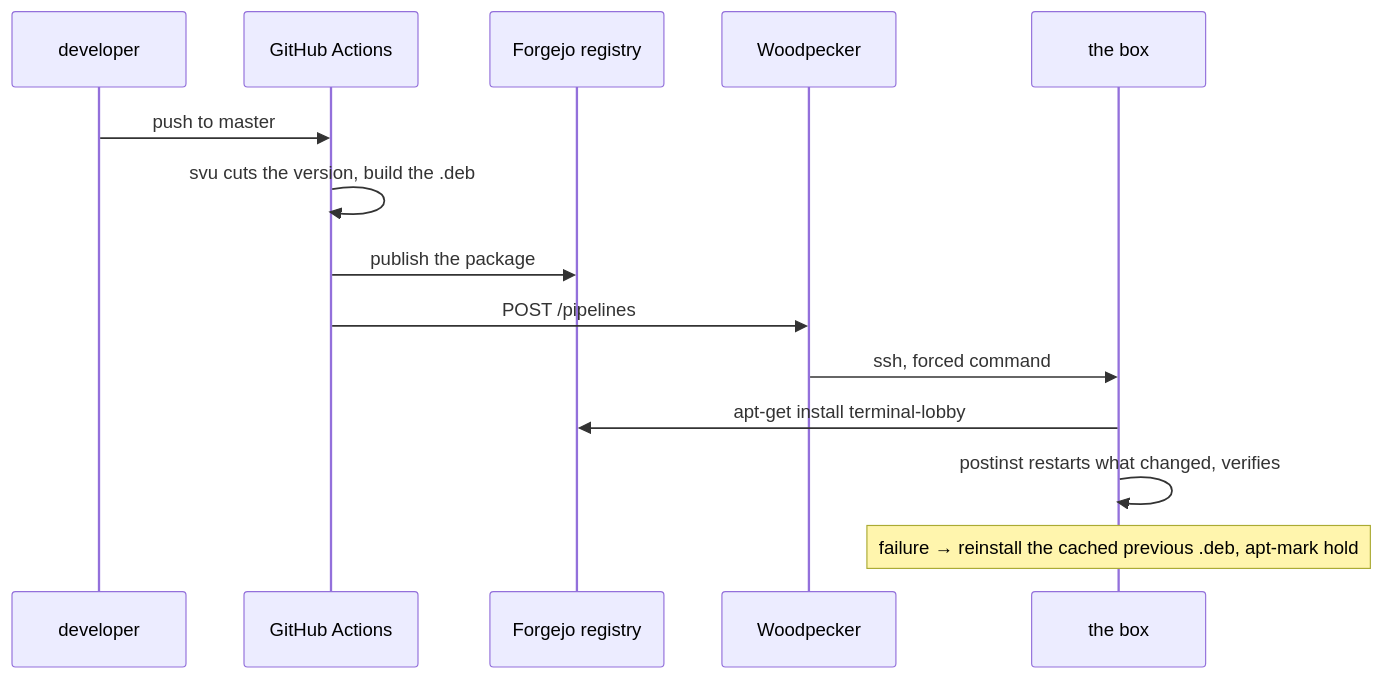
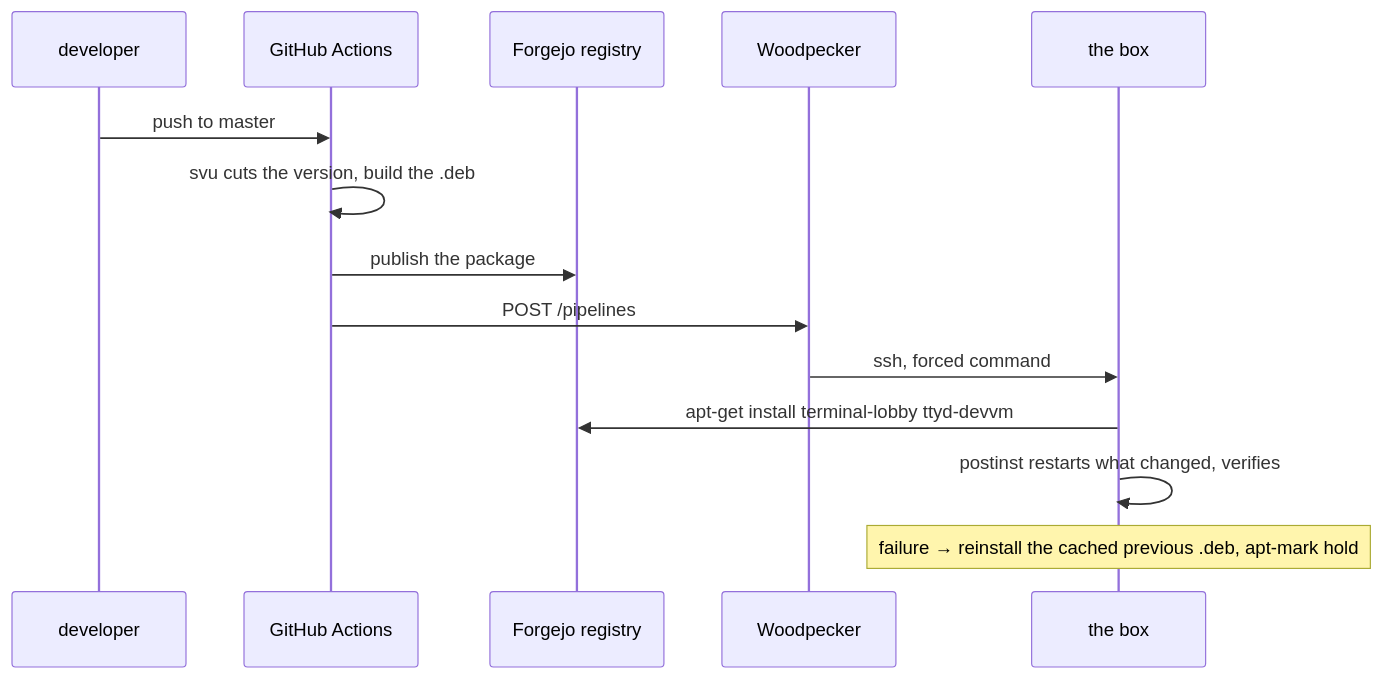
One commit to ViktorBarzin/terminal-lobby changed the diagram in docs/deployment.md. Above: the diagram before and after it, drawn with Mermaid. The commit also changed other lines of this file and 5 other files, not shown here.

````diff
--- a/docs/deployment.md
+++ b/docs/deployment.md
@@ -9,16 +9,16 @@
 ```mermaid
 sequenceDiagram
   participant D as developer
   participant G as GitHub Actions
   participant F as Forgejo registry
   participant W as Woodpecker
   participant B as the box
   D->>G: push to master
   G->>G: svu cuts the version, build the .deb
   G->>F: publish the package
   G->>W: POST /pipelines
   W->>B: ssh, forced command
-  B->>F: apt-get install terminal-lobby
+  B->>F: apt-get install terminal-lobby ttyd-devvm
   B->>B: postinst restarts what changed, verifies
   Note over B: failure → reinstall the cached previous .deb, apt-mark hold
 ```
````
